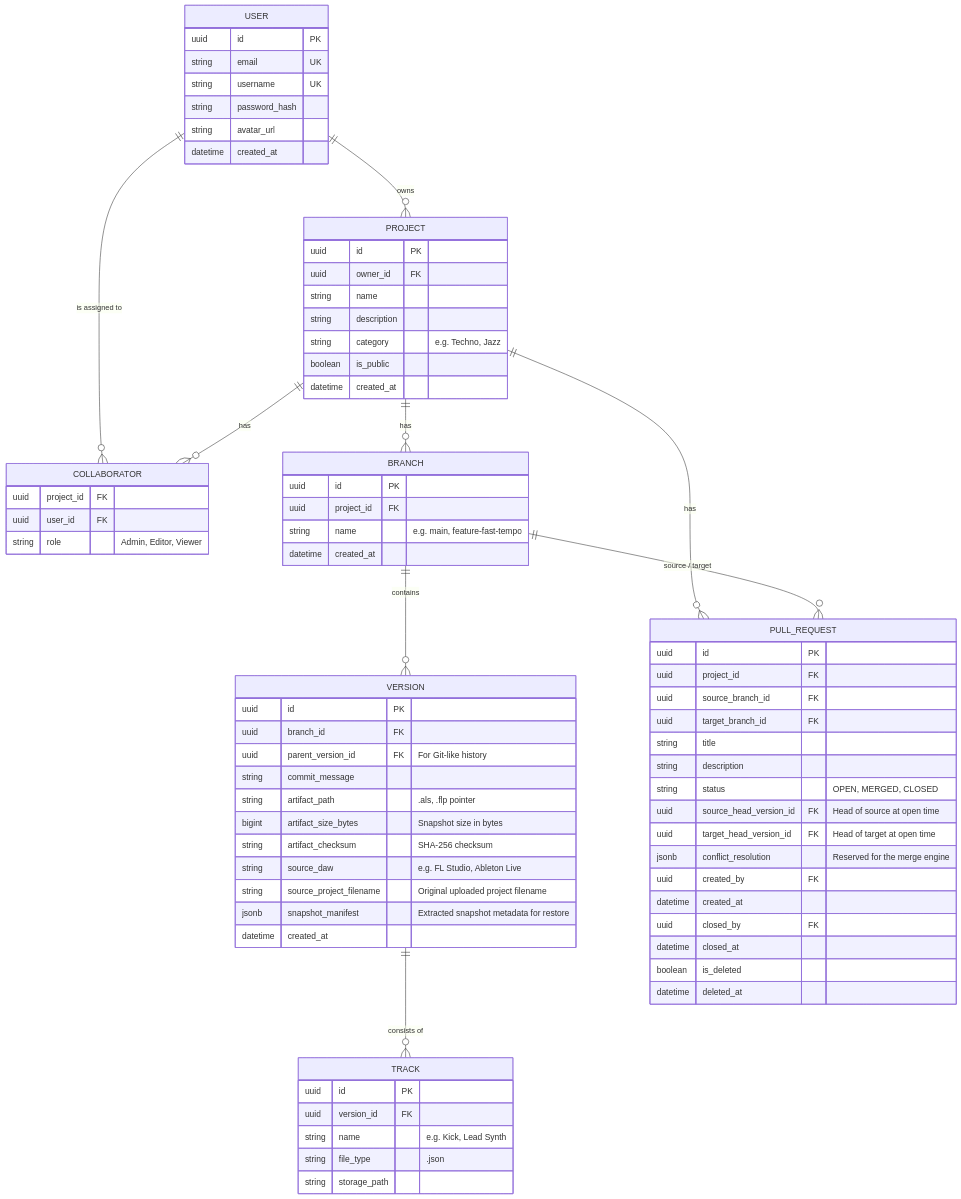
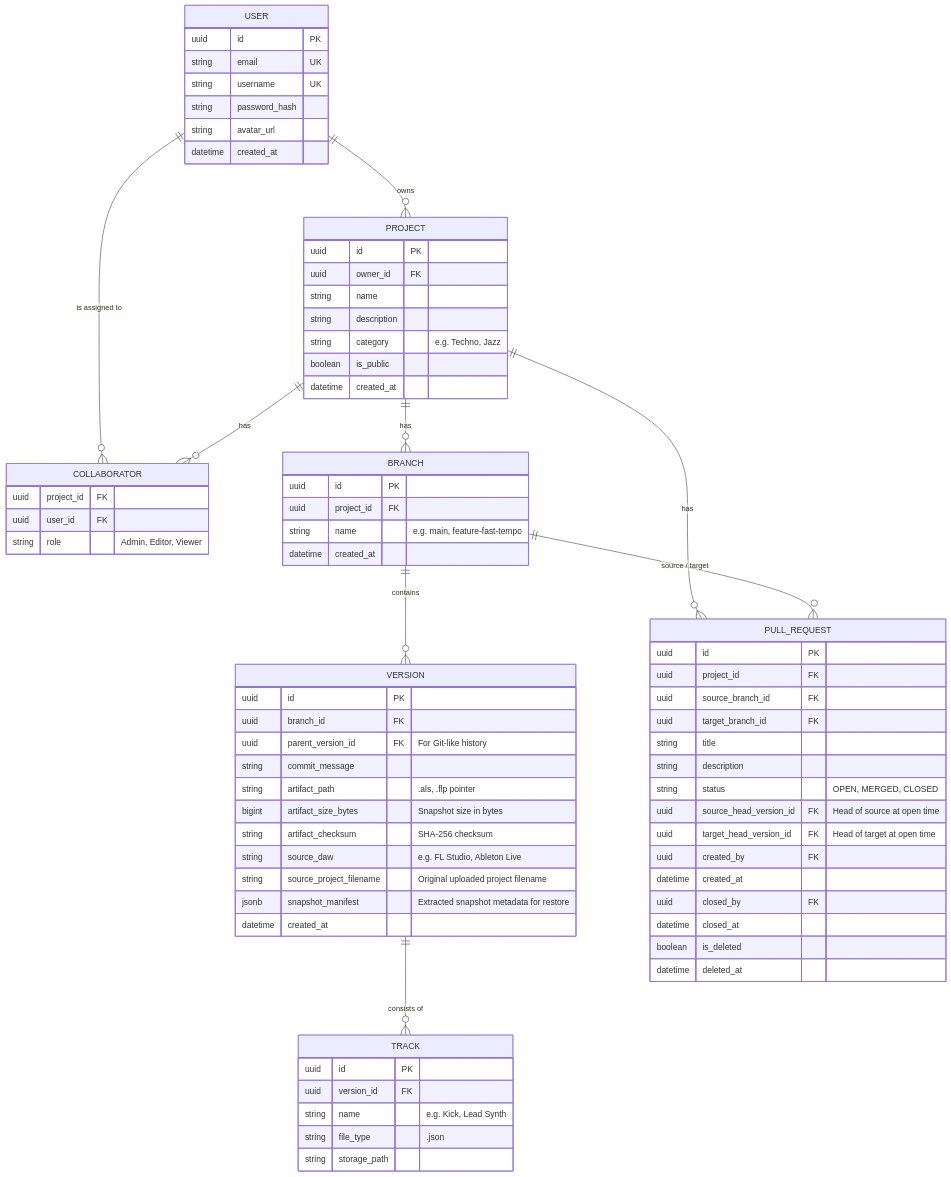
Before and after one commit to stemhub-org/Stemhub: the diagram in docs/DATA_API_MODELING.md, drawn with Mermaid. The commit also changed other lines of this file and 5 other files, not shown here.

First line of the commit message:
refactor(backend): drop reopen endpoint and conflict_resolution placeholder

```diff
--- a/docs/DATA_API_MODELING.md
+++ b/docs/DATA_API_MODELING.md
@@ -83,7 +83,6 @@
         string status "OPEN, MERGED, CLOSED"
         uuid source_head_version_id FK "Head of source at open time"
         uuid target_head_version_id FK "Head of target at open time"
-        jsonb conflict_resolution "Reserved for the merge engine"
         uuid created_by FK
         datetime created_at
         uuid closed_by FK
```
